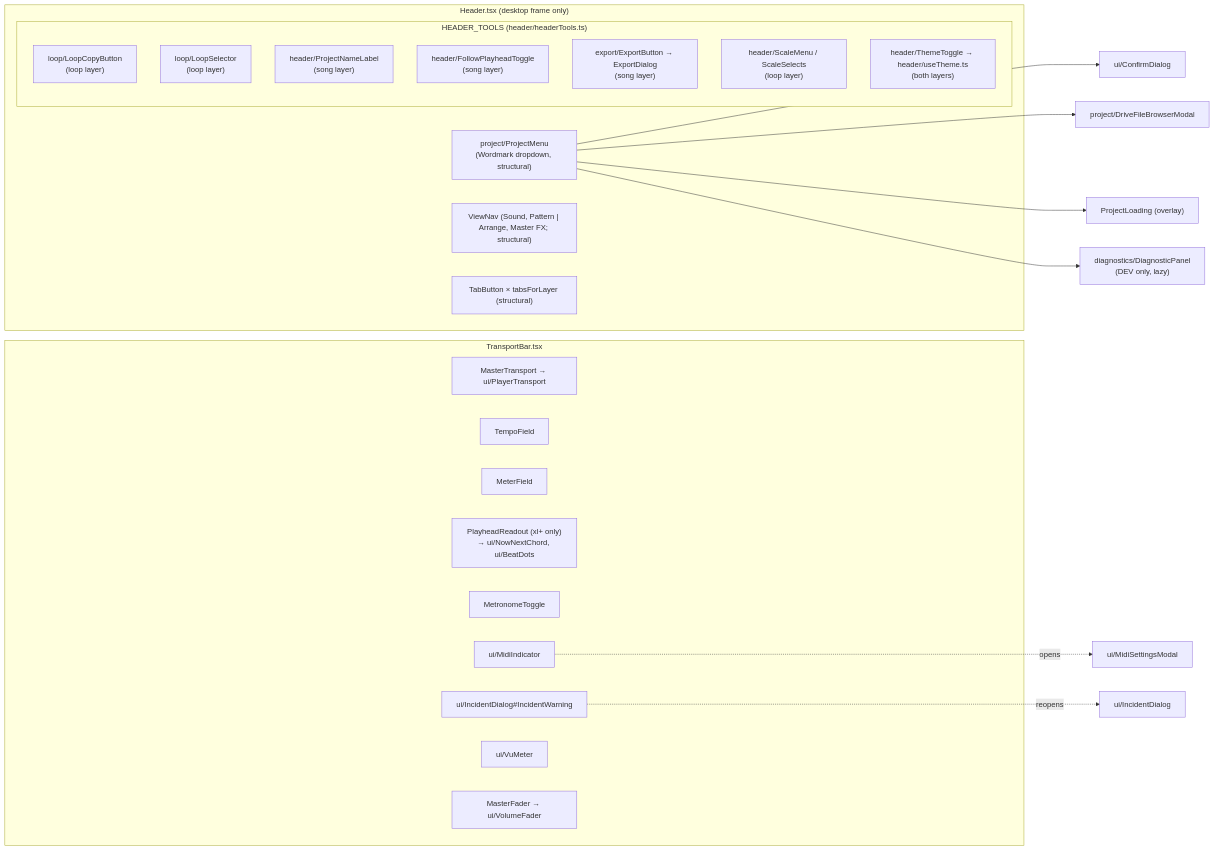
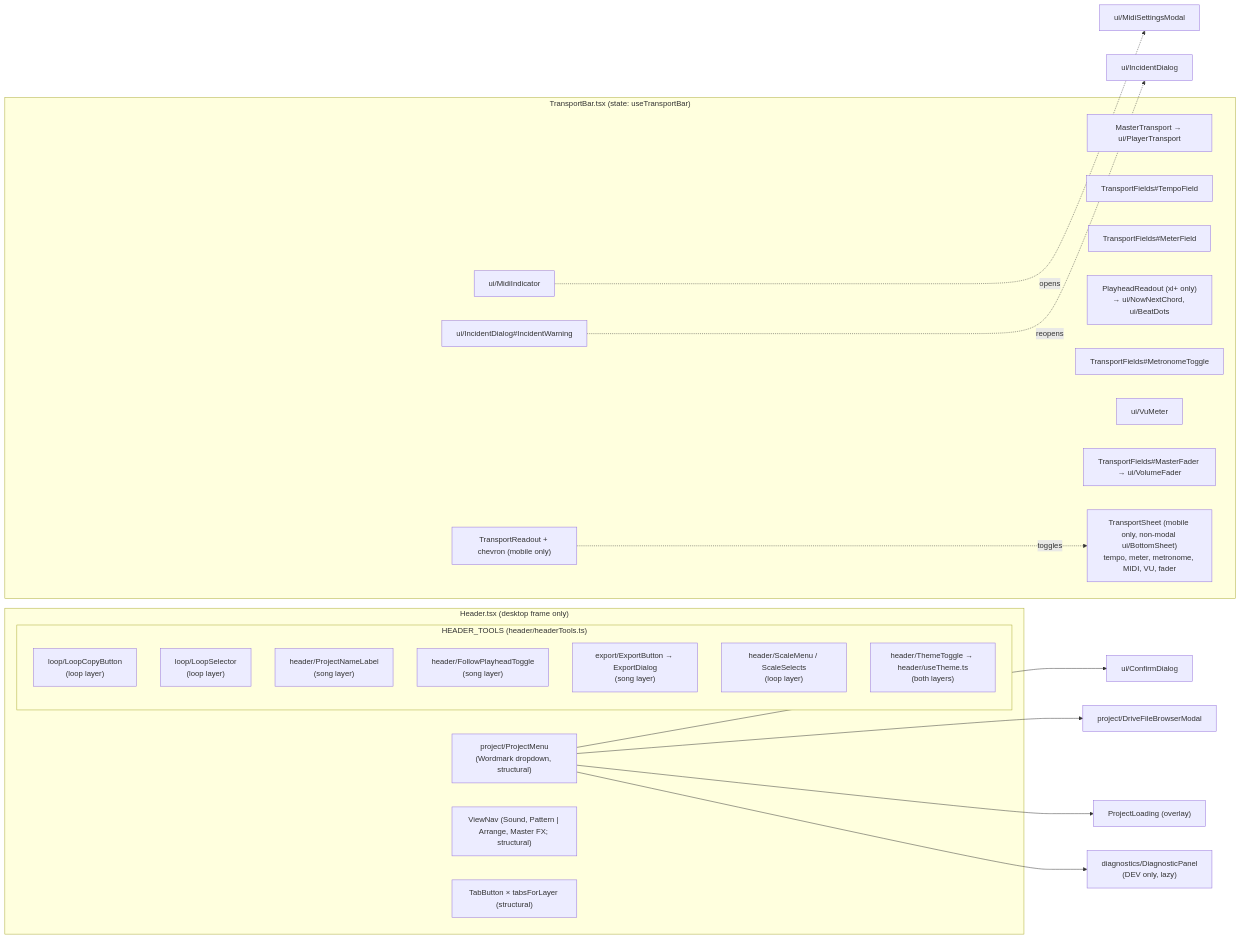
One commit to themiddnight/solna changed the second of 5 diagrams in docs/architecture/structure/01-ui.md. Above: the diagram before and after it, drawn with Mermaid. The commit also changed other lines of this file and 17 other files, not shown here.

First line of the commit message:
feat(transport): one-row mobile transport with a settings sheet

````diff
--- a/docs/architecture/structure/01-ui.md
+++ b/docs/architecture/structure/01-ui.md
@@ -90,34 +91,37 @@
 ```mermaid
 flowchart LR
   subgraph Header["Header.tsx (desktop frame only)"]
     PM["project/ProjectMenu<br/>(Wordmark dropdown, structural)"]
     VN["ViewNav (Sound, Pattern | Arrange, Master FX; structural)"]
     subgraph Tools["HEADER_TOOLS (header/headerTools.ts)"]
       LCB["loop/LoopCopyButton<br/>(loop layer)"]
       LSel["loop/LoopSelector<br/>(loop layer)"]
       PNL["header/ProjectNameLabel<br/>(song layer)"]
       FPT["header/FollowPlayheadToggle<br/>(song layer)"]
       EXP["export/ExportButton → ExportDialog<br/>(song layer)"]
       SM["header/ScaleMenu / ScaleSelects<br/>(loop layer)"]
       TH["header/ThemeToggle → header/useTheme.ts<br/>(both layers)"]
     end
     TB["TabButton × tabsForLayer (structural)"]
   end
   PM --> CD["ui/ConfirmDialog"]
   PM --> DFB["project/DriveFileBrowserModal"]
   PM --> PLo["ProjectLoading (overlay)"]
   PM --> DP["diagnostics/DiagnosticPanel<br/>(DEV only, lazy)"]
-  subgraph Transport["TransportBar.tsx"]
+  subgraph Transport["TransportBar.tsx (state: useTransportBar)"]
     MT["MasterTransport → ui/PlayerTransport"]
-    TF["TempoField"]
-    MF["MeterField"]
+    TF["TransportFields#TempoField"]
+    MF["TransportFields#MeterField"]
     PR["PlayheadReadout (xl+ only)<br/>→ ui/NowNextChord, ui/BeatDots"]
-    MET["MetronomeToggle"]
+    MET["TransportFields#MetronomeToggle"]
     MIDI["ui/MidiIndicator"]
     IW["ui/IncidentDialog#IncidentWarning"]
     VU["ui/VuMeter"]
-    MFd["MasterFader → ui/VolumeFader"]
+    MFd["TransportFields#MasterFader → ui/VolumeFader"]
+    RO["TransportReadout + chevron (mobile only)"]
+    TS["TransportSheet (mobile only, non-modal ui/BottomSheet)<br/>tempo, meter, metronome, MIDI, VU, fader"]
   end
+  RO -. toggles .-> TS
   MIDI -. opens .-> MSM["ui/MidiSettingsModal"]
   IW -. reopens .-> IDlg["ui/IncidentDialog"]
 ```
````
